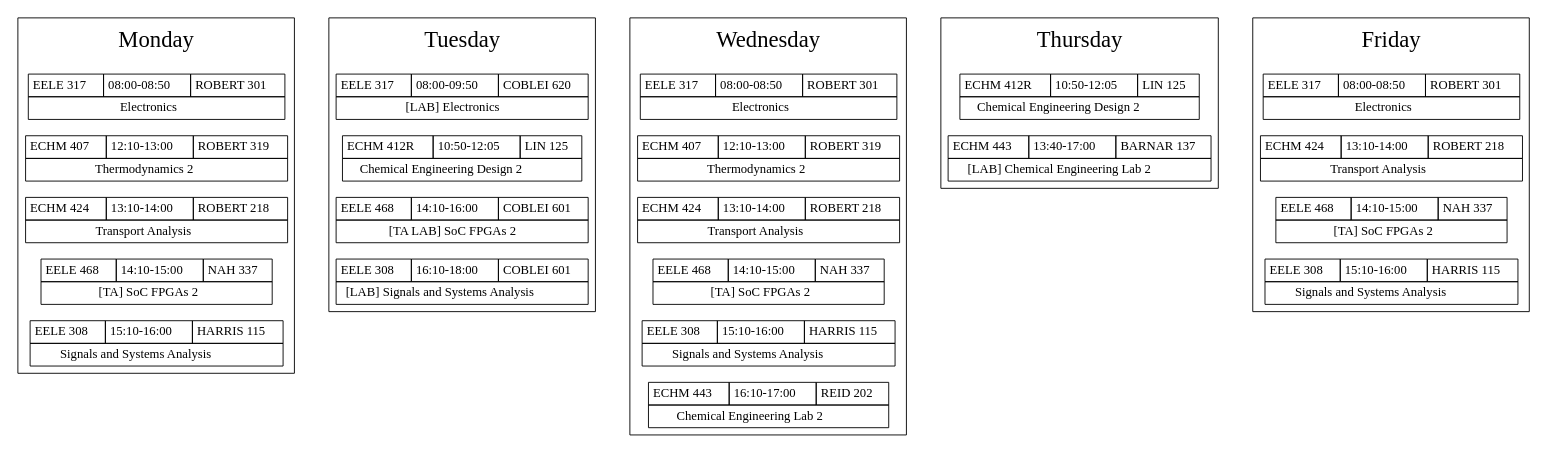
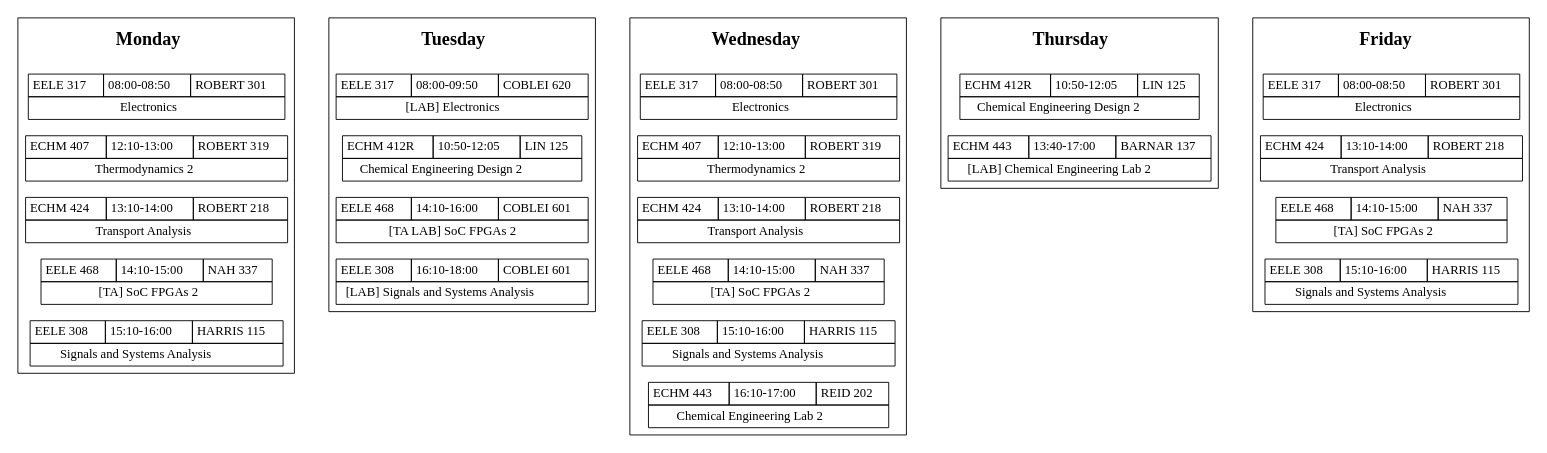
One commit to w-culhane/schedule-flowchart changed the diagram in schedule_4-senior-sem-2-spring.gv. Above: the diagram before and after it, drawn with Graphviz.

Commit message:
Adjust weekday font parameters

```diff
--- a/schedule_4-senior-sem-2-spring.gv
+++ b/schedule_4-senior-sem-2-spring.gv
@@ -1,7 +1,7 @@
 digraph schedule {
     ranksep=.75; rankdir=LR; splines=false;
 
-    {node [shape=plaintext,fontsize=25];
+    {node [shape=plaintext, fontsize=20, label=<<B>\N</B>>];
 	"Monday" -> "Tuesday" -> "Wednesday" -> "Thursday" -> "Friday" [style=invis];
     }
 
```
